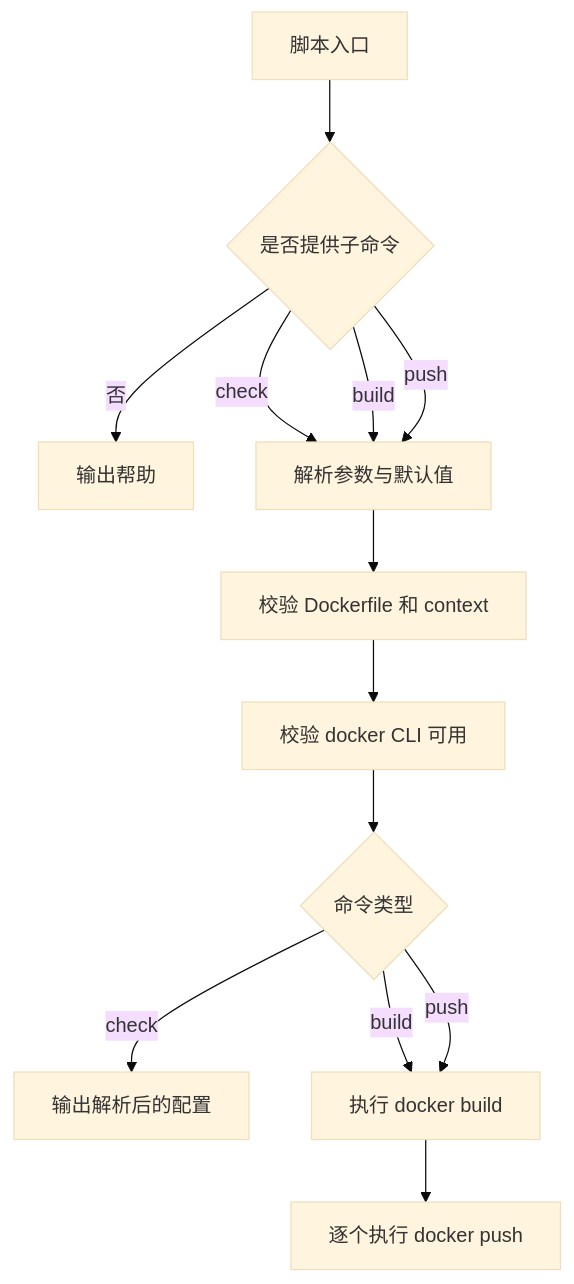
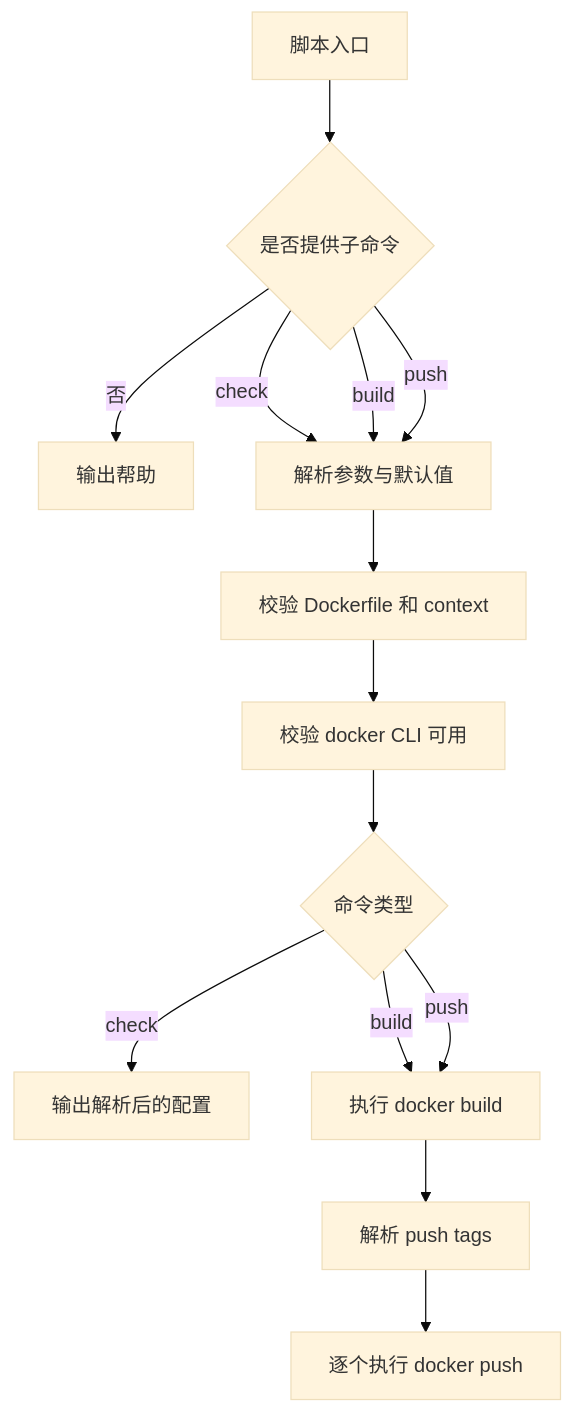
The diagram in docs/docker-image-publish.md (jqknono/weread-challenge-selenium), drawn with Mermaid (base theme) before and after one commit. The commit also changed other lines of this file and 3 other files, not shown here.

First line of the commit message:
feat(docker-image): 添加 dev 推送入口并在 push 时自动补 latest 标签

````diff
--- a/docs/docker-image-publish.md
+++ b/docs/docker-image-publish.md
@@ -24,14 +24,15 @@
 ```mermaid
 flowchart TD
   A[脚本入口] --> B{是否提供子命令}
   B -->|否| C[输出帮助]
   B -->|check| D[解析参数与默认值]
   B -->|build| D
   B -->|push| D
   D --> E[校验 Dockerfile 和 context]
   E --> F[校验 docker CLI 可用]
   F --> G{命令类型}
   G -->|check| H[输出解析后的配置]
   G -->|build| I[执行 docker build]
-  G -->|push| I --> J[逐个执行 docker push]
+  G -->|push| I --> J[解析 push tags]
+  J --> K[逐个执行 docker push]
 ```
````
